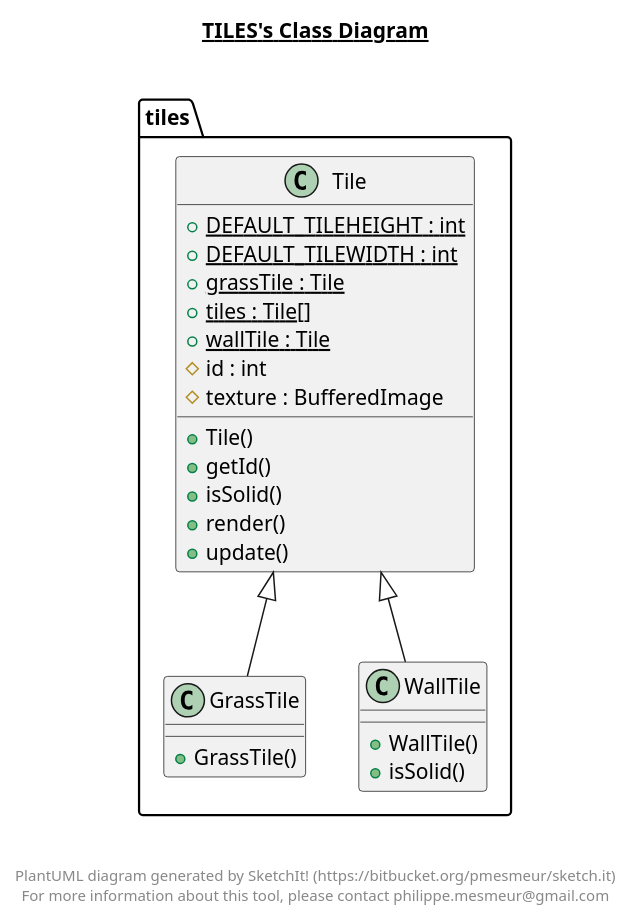
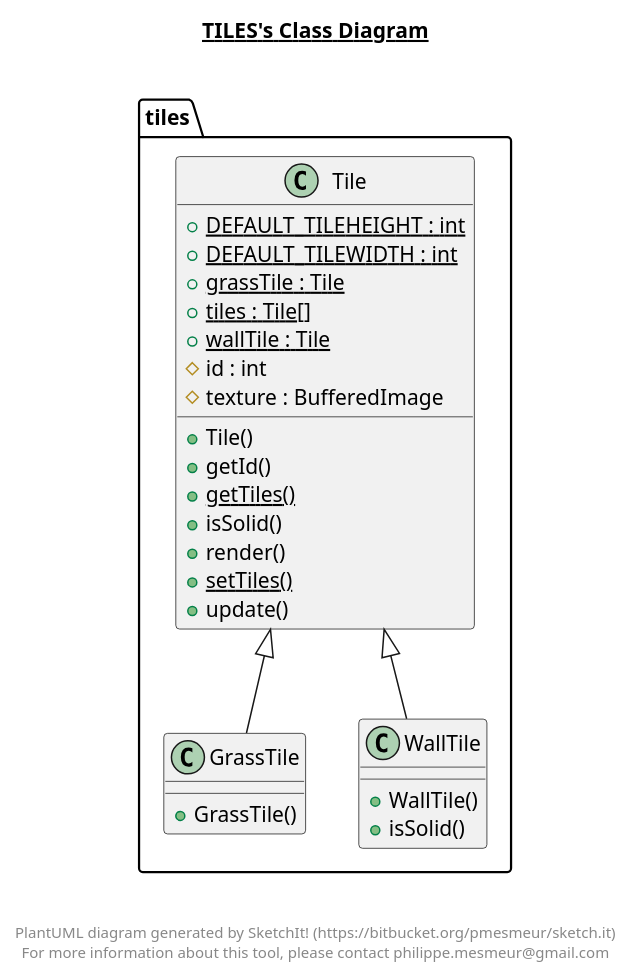
Before and after one commit to mxdzelq/Dyna_Blaster-Java: the diagram in src/tiles/tiles.plantuml, drawn with PlantUML. The commit also changed 53 other files, not shown here.

```diff
--- a/src/tiles/tiles.plantuml
+++ b/src/tiles/tiles.plantuml
@@ -1,49 +1,51 @@
 @startuml
 
 title __TILES's Class Diagram__\n
 
   namespace tiles {
     class tiles.GrassTile {
         + GrassTile()
     }
   }
   
 
   namespace tiles {
     class tiles.Tile {
         {static} + DEFAULT_TILEHEIGHT : int
         {static} + DEFAULT_TILEWIDTH : int
         {static} + grassTile : Tile
         {static} + tiles : Tile[]
         {static} + wallTile : Tile
         # id : int
         # texture : BufferedImage
         + Tile()
         + getId()
+        {static} + getTiles()
         + isSolid()
         + render()
+        {static} + setTiles()
         + update()
     }
   }
   
 
   namespace tiles {
     class tiles.WallTile {
         + WallTile()
         + isSolid()
     }
   }
   
 
   tiles.GrassTile -up-|> tiles.Tile
   tiles.WallTile -up-|> tiles.Tile
 
 
 right footer
 
 
 PlantUML diagram generated by SketchIt! (https://bitbucket.org/pmesmeur/sketch.it)
 For more information about this tool, please contact philippe.mesmeur@gmail.com
 endfooter
 
 @enduml
```
